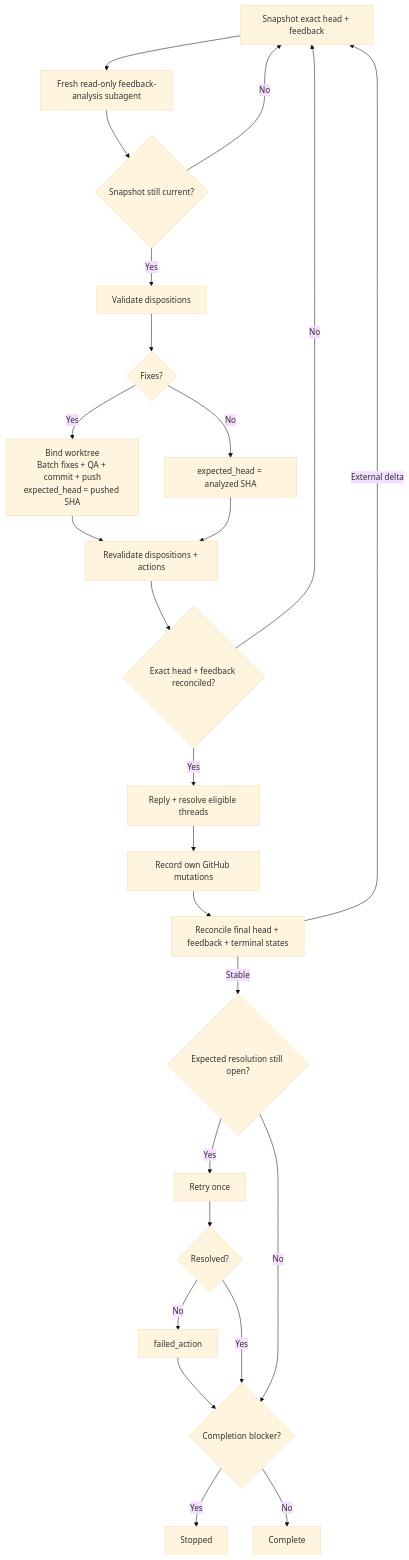
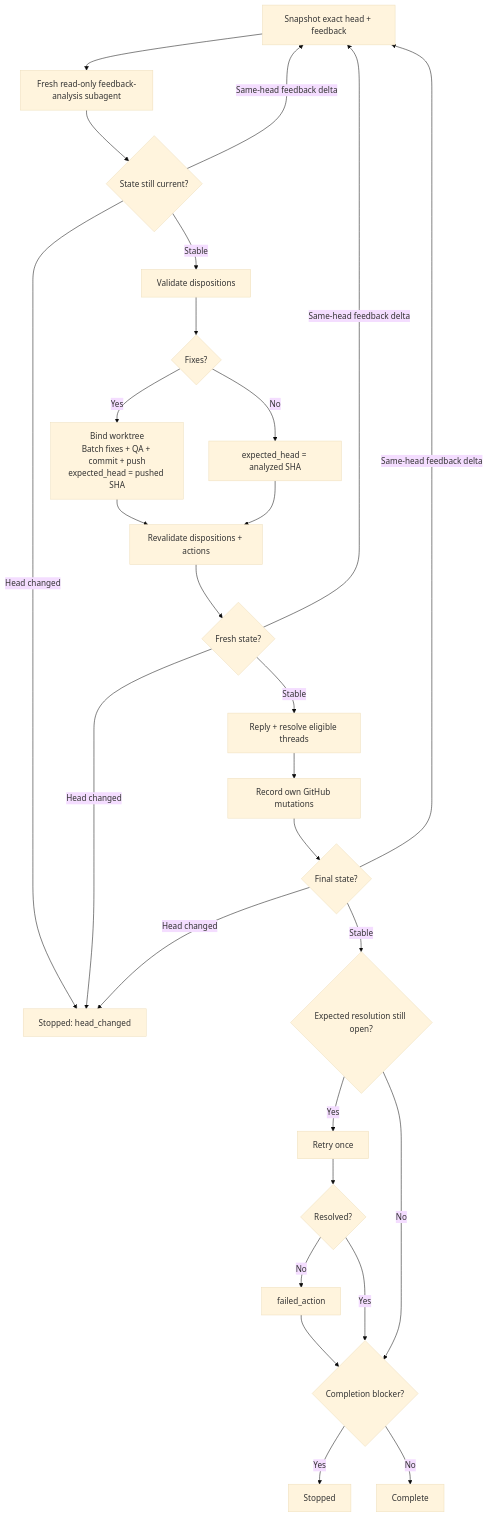
The diagram in skills/pr-feedback-triage/SKILL.md (dceoy/ai-coding-agent-skills), drawn with Mermaid (base theme) before and after one commit. The commit also changed other lines of this file, not shown here.

Commit message:
Separate head changes from feedback refreshes

````diff
--- a/skills/pr-feedback-triage/SKILL.md
+++ b/skills/pr-feedback-triage/SKILL.md
@@ -35,27 +35,30 @@
 ```mermaid
 flowchart TD
   A[Snapshot exact head + feedback] --> B[Fresh read-only feedback-analysis subagent]
-  B --> C{Snapshot still current?}
-  C -->|No| A
-  C -->|Yes| D[Validate dispositions]
+  B --> C{State still current?}
+  C -->|Head changed| T[Stopped: head_changed]
+  C -->|Same-head feedback delta| A
+  C -->|Stable| D[Validate dispositions]
   D --> E{Fixes?}
   E -->|Yes| F[Bind worktree<br/>Batch fixes + QA + commit + push<br/>expected_head = pushed SHA]
   E -->|No| G[expected_head = analyzed SHA]
   F --> H[Revalidate dispositions + actions]
   G --> H
-  H --> I{Exact head + feedback reconciled?}
-  I -->|No| A
-  I -->|Yes| J[Reply + resolve eligible threads]
+  H --> I{Fresh state?}
+  I -->|Head changed| T
+  I -->|Same-head feedback delta| A
+  I -->|Stable| J[Reply + resolve eligible threads]
   J --> K[Record own GitHub mutations]
-  K --> L[Reconcile final head + feedback + terminal states]
-  L -->|External delta| A
+  K --> L{Final state?}
+  L -->|Head changed| T
+  L -->|Same-head feedback delta| A
   L -->|Stable| M{Expected resolution still open?}
   M -->|Yes| N[Retry once]
   N --> O{Resolved?}
   O -->|No| P[failed_action]
   O -->|Yes| Q{Completion blocker?}
   M -->|No| Q
   P --> Q
   Q -->|Yes| R[Stopped]
   Q -->|No| S[Complete]
 ```
````
